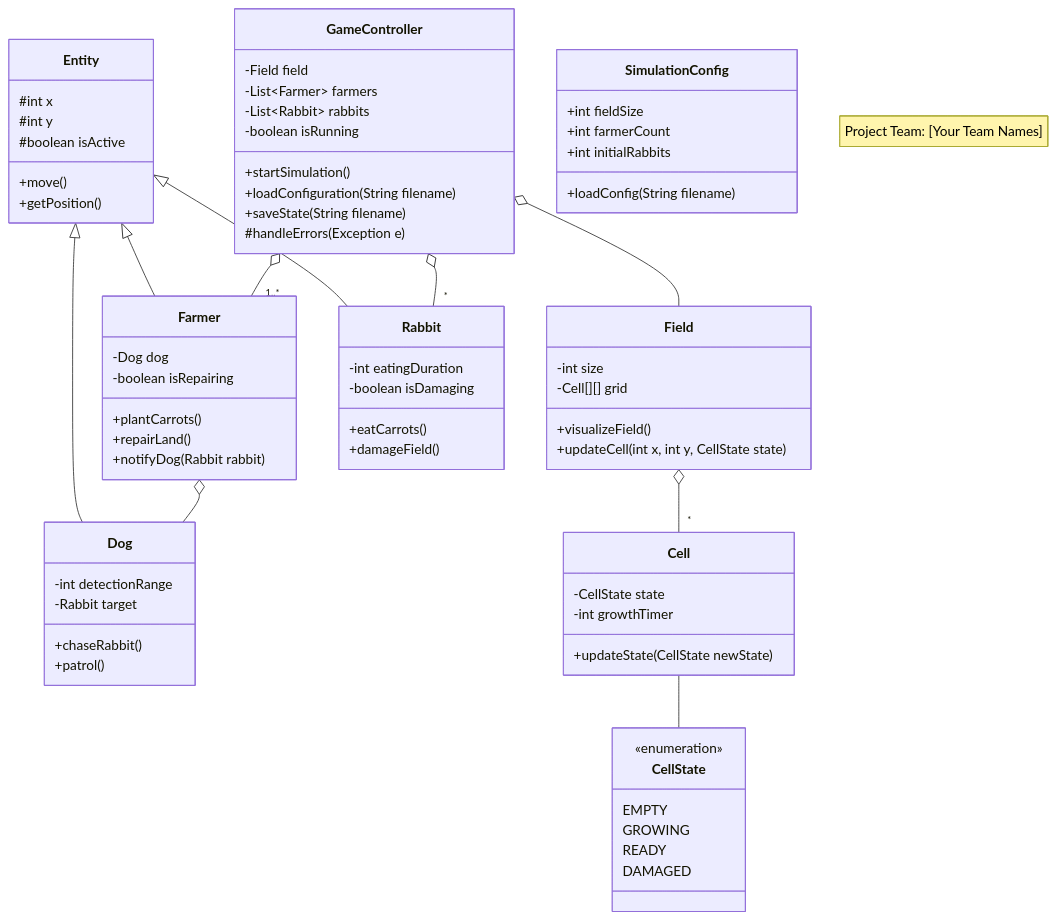
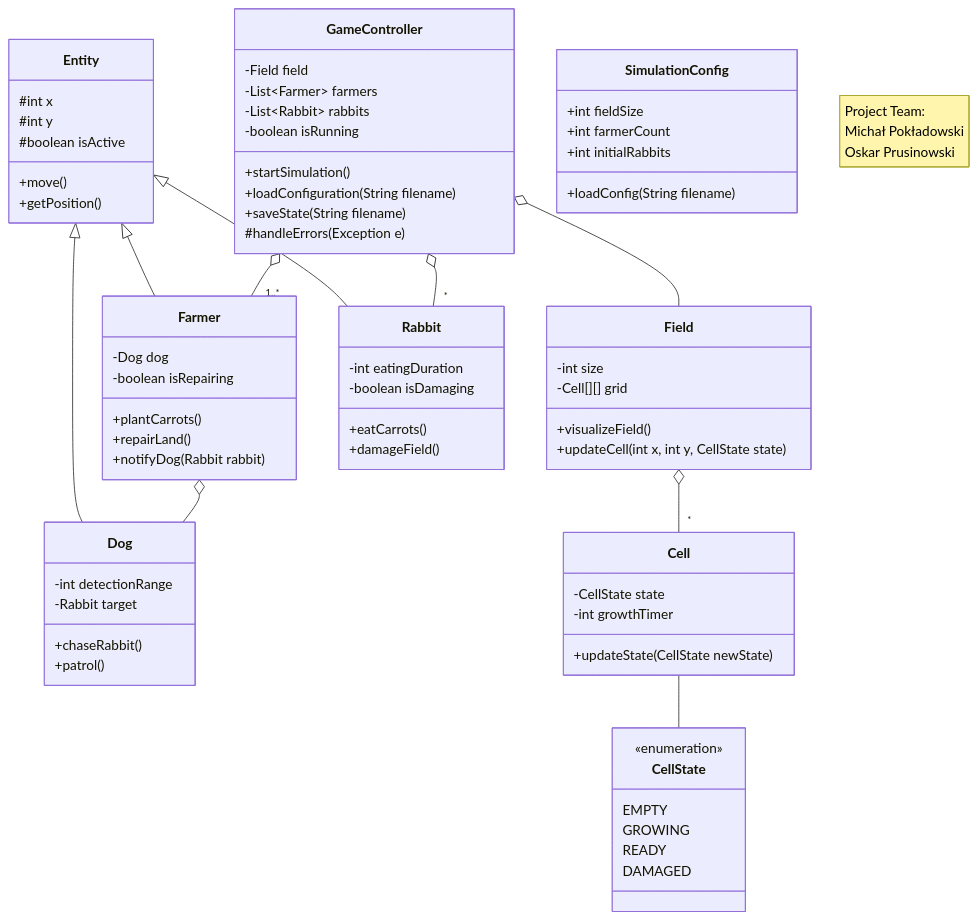
Before and after one commit to michaelo-ponteski/Carrot-Farm-Simulator: the diagram in docs/UML_diagram.md, drawn with Mermaid.

Commit message:
uml update v2

````diff
--- a/docs/UML_diagram.md
+++ b/docs/UML_diagram.md
@@ -1,6 +1,8 @@
 ```mermaid
 classDiagram
-note "Project Team: [Your Team Names]"
+note "Project Team:
+Michał Pokładowski
+Oskar Prusinowski"
 
     class GameController {
         -Field field
````
